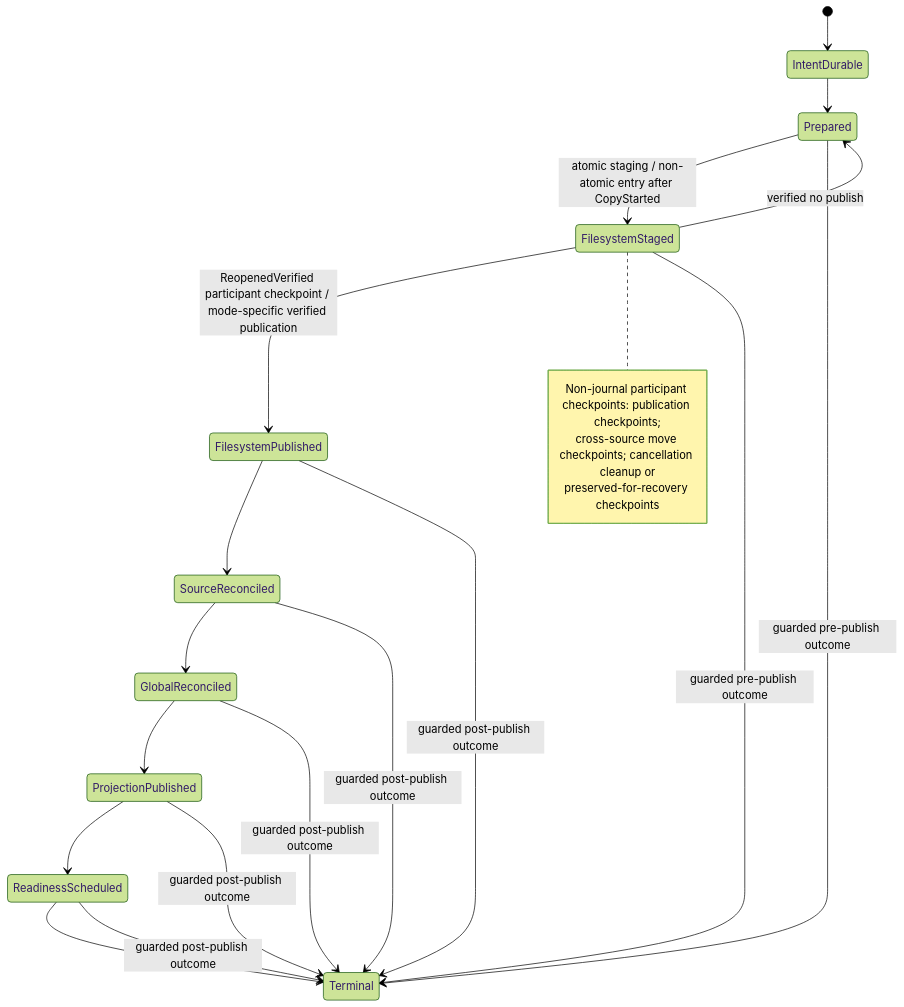
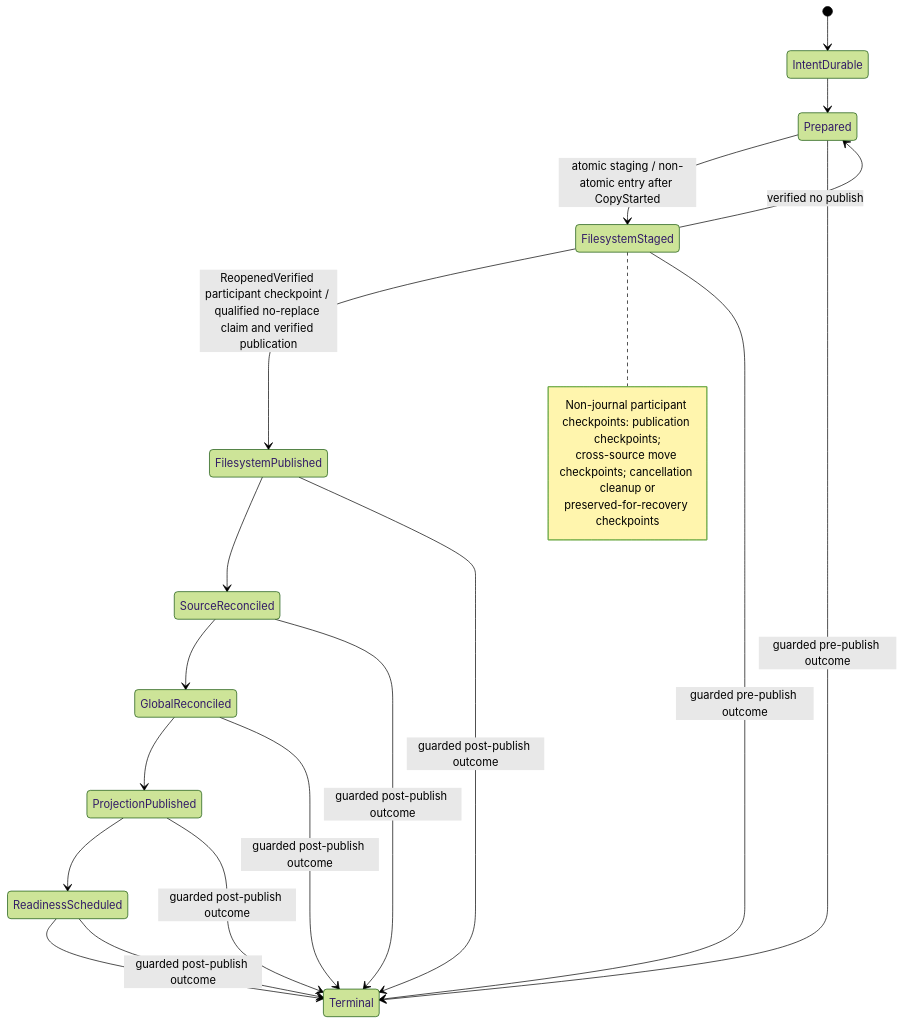
One commit to PORTALSURFER/sempal changed the diagram in docs/IO_ARCHITECTURE_TARGET.md. Above: the diagram before and after it, drawn with Mermaid (forest theme). The commit also changed other lines of this file, not shown here.

Commit message:
docs: enforce no-replace publication contract

````diff
--- a/docs/IO_ARCHITECTURE_TARGET.md
+++ b/docs/IO_ARCHITECTURE_TARGET.md
@@ -520,25 +592,25 @@
 ```mermaid
 stateDiagram-v2
     [*] --> IntentDurable
     IntentDurable --> Prepared
     Prepared --> FilesystemStaged : atomic staging / non-atomic entry after CopyStarted
     FilesystemStaged --> Prepared : verified no publish
-    FilesystemStaged --> FilesystemPublished : ReopenedVerified participant checkpoint / mode-specific verified publication
+    FilesystemStaged --> FilesystemPublished : ReopenedVerified participant checkpoint / qualified no-replace claim and verified publication
     note right of FilesystemStaged
         Non-journal participant checkpoints: publication checkpoints;
         cross-source move checkpoints; cancellation cleanup or
         preserved-for-recovery checkpoints
     end note
     FilesystemPublished --> SourceReconciled
     SourceReconciled --> GlobalReconciled
     GlobalReconciled --> ProjectionPublished
     ProjectionPublished --> ReadinessScheduled
     ReadinessScheduled --> Terminal
     Prepared --> Terminal : guarded pre-publish outcome
     FilesystemStaged --> Terminal : guarded pre-publish outcome
     FilesystemPublished --> Terminal : guarded post-publish outcome
     SourceReconciled --> Terminal : guarded post-publish outcome
     GlobalReconciled --> Terminal : guarded post-publish outcome
     ProjectionPublished --> Terminal : guarded post-publish outcome
     ReadinessScheduled --> Terminal : guarded post-publish outcome
 ```
````
